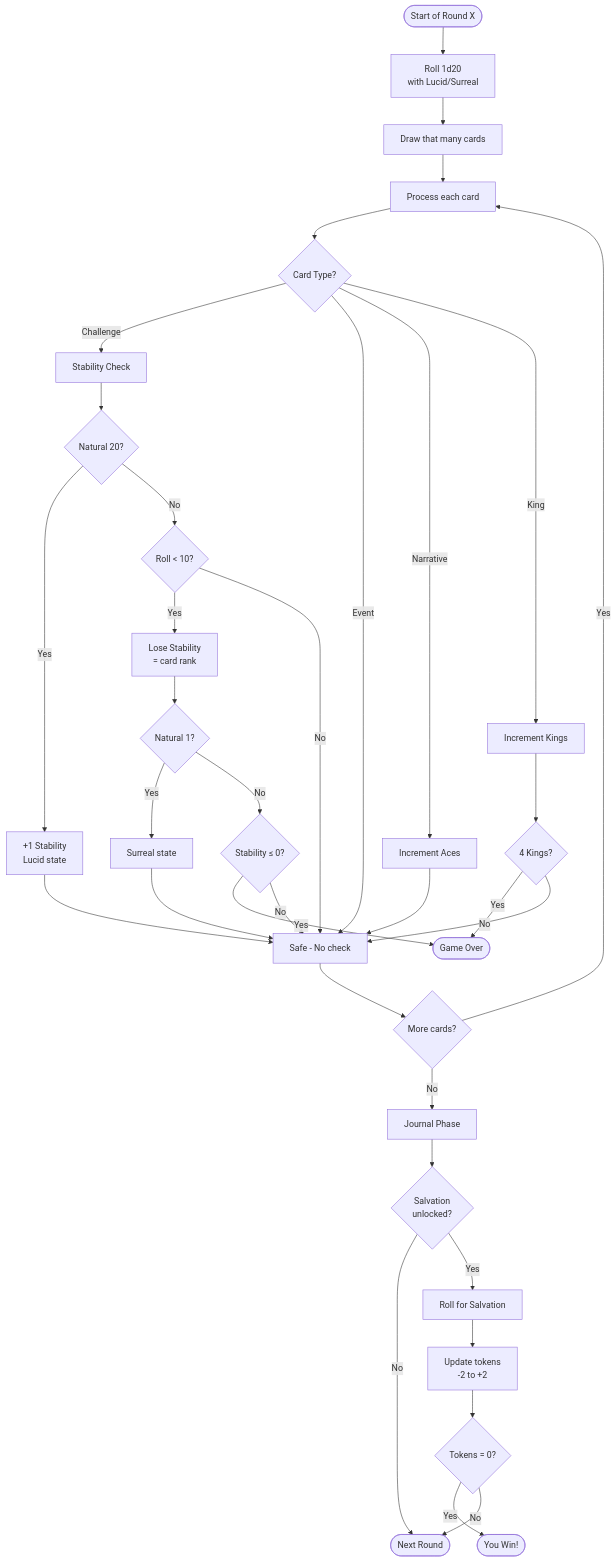
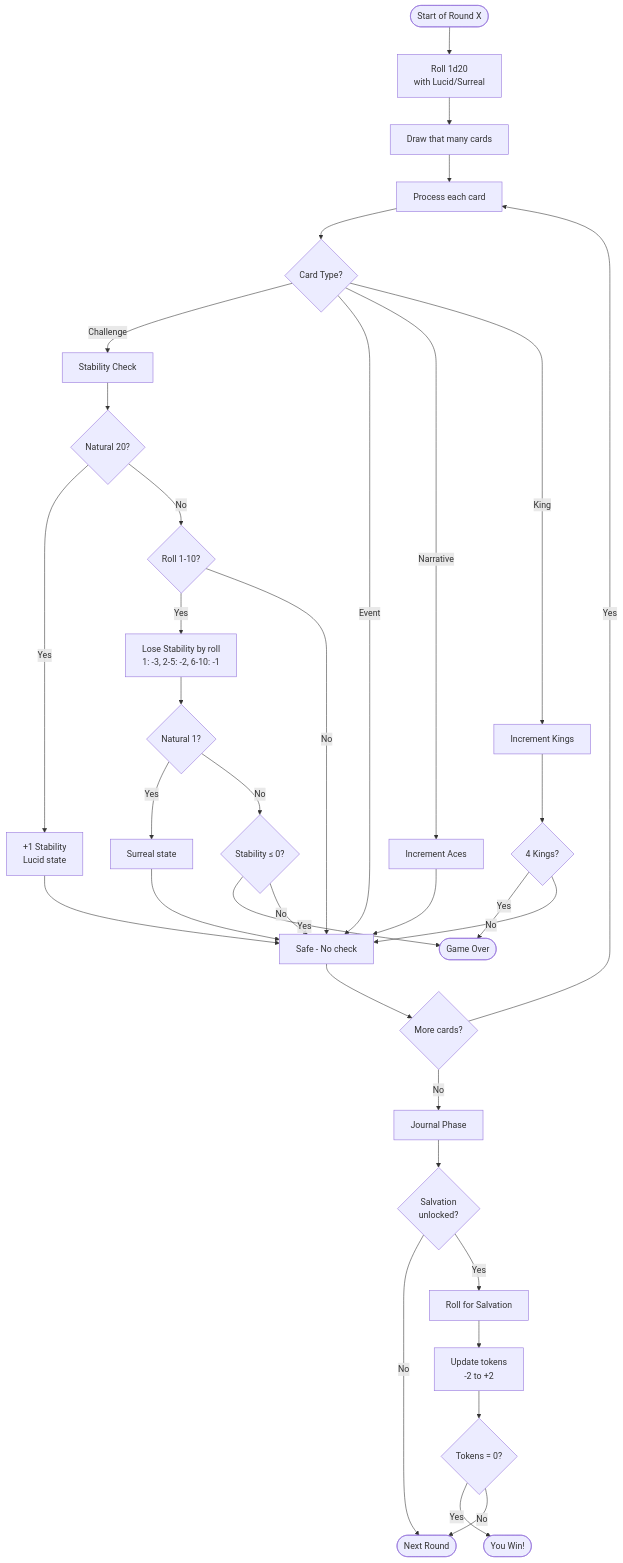
One commit to dimm-city/dc-solo-rpg changed the diagram in docs/d20-mechanics-guide.md. Above: the diagram before and after it, drawn with Mermaid. The commit also changed other lines of this file and 2 other files, not shown here.

First line of the commit message:
Docs: failed Stability checks use the roll table, not card rank

````diff
--- a/docs/d20-mechanics-guide.md
+++ b/docs/d20-mechanics-guide.md
@@ -402,54 +404,54 @@
 ```mermaid
 flowchart TB
     Start([Start of Round X]) --> Roll[Roll 1d20<br/>with Lucid/Surreal]
 
     Roll --> Draw[Draw that many cards]
     Draw --> Process[Process each card]
 
     Process --> CardType{Card Type?}
 
     CardType -->|Challenge| StabCheck[Stability Check]
     CardType -->|Event| Safe[Safe - No check]
     CardType -->|Narrative| Ace[Increment Aces]
     CardType -->|King| King[Increment Kings]
 
     StabCheck --> Nat20{Natural 20?}
     Nat20 -->|Yes| GainStab[+1 Stability<br/>Lucid state]
-    Nat20 -->|No| CheckFail{Roll < 10?}
+    Nat20 -->|No| CheckFail{Roll 1-10?}
 
-    CheckFail -->|Yes| LoseStab[Lose Stability<br/>= card rank]
+    CheckFail -->|Yes| LoseStab[Lose Stability by roll<br/>1: -3, 2-5: -2, 6-10: -1]
     CheckFail -->|No| Safe
 
     LoseStab --> Nat1{Natural 1?}
     Nat1 -->|Yes| Surreal[Surreal state]
     Nat1 -->|No| CheckDead{Stability ≤ 0?}
 
     CheckDead -->|Yes| Lose[GAME OVER]
     CheckDead -->|No| Safe
 
     King --> Check4{4 Kings?}
     Check4 -->|Yes| Lose
     Check4 -->|No| Safe
 
     Ace --> Safe
     GainStab --> Safe
     Surreal --> Safe
     Safe --> More{More cards?}
 
     More -->|Yes| Process
     More -->|No| Journal[Journal Phase]
 
     Journal --> SalvationActive{Salvation<br/>unlocked?}
     SalvationActive -->|No| NextRound
     SalvationActive -->|Yes| SalvRoll[Roll for Salvation]
 
     SalvRoll --> UpdateTokens[Update tokens<br/>-2 to +2]
     UpdateTokens --> TokenCheck{Tokens = 0?}
 
     TokenCheck -->|Yes| Win[VICTORY!]
     TokenCheck -->|No| NextRound
 
     NextRound([Next Round])
     Win([You Win!])
     Lose([Game Over])
 ```
````
